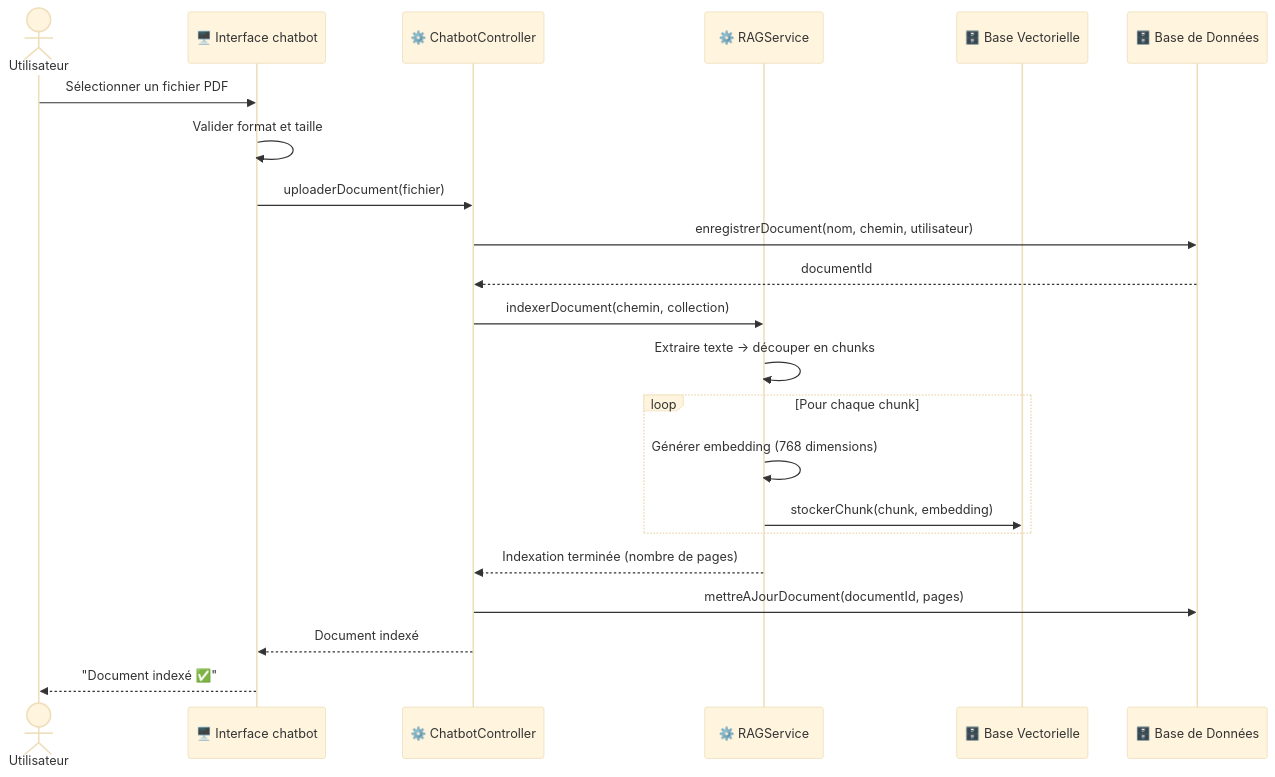
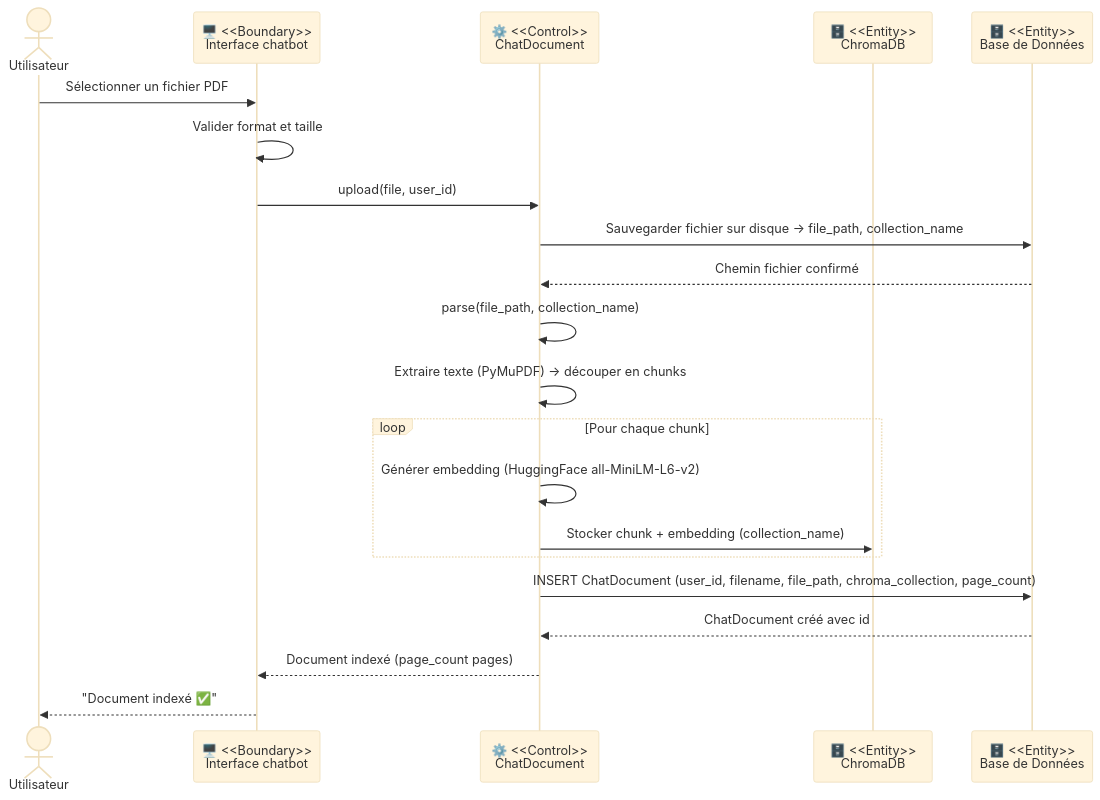
Before and after one commit to Jkacem/smart_focus: diagram 11 of 20 in docs/Conception_DiagrammeSequence.md, drawn with Mermaid (base theme). The commit also changed other lines of this file and 31 other files, not shown here.

````diff
--- a/docs/Conception_DiagrammeSequence.md
+++ b/docs/Conception_DiagrammeSequence.md
@@ -260,27 +376,26 @@
 ```mermaid
 sequenceDiagram
     actor Utilisateur
-    participant B as 🖥️ Interface chatbot
-    participant C as ⚙️ ChatbotController
-    participant RAG as ⚙️ RAGService
-    participant EV as 🗄️ Base Vectorielle
-    participant E as 🗄️ Base de Données
+    participant B  as 🖥️ <<Boundary>><br/>Interface chatbot
+    participant CD as ⚙️ <<Control>><br/>ChatDocument
+    participant EV as 🗄️ <<Entity>><br/>ChromaDB
+    participant E  as 🗄️ <<Entity>><br/>Base de Données
 
     Utilisateur->>B: Sélectionner un fichier PDF
     B->>B: Valider format et taille
-    B->>C: uploaderDocument(fichier)
-    C->>E: enregistrerDocument(nom, chemin, utilisateur)
-    E-->>C: documentId
+    B->>CD: upload(file, user_id)
+    CD->>E: Sauvegarder fichier sur disque → file_path, collection_name
+    E-->>CD: Chemin fichier confirmé
 
-    C->>RAG: indexerDocument(chemin, collection)
-    RAG->>RAG: Extraire texte → découper en chunks
+    CD->>CD: parse(file_path, collection_name)
+    CD->>CD: Extraire texte (PyMuPDF) → découper en chunks
     loop Pour chaque chunk
-        RAG->>RAG: Générer embedding (768 dimensions)
-        RAG->>EV: stockerChunk(chunk, embedding)
+        CD->>CD: Générer embedding (HuggingFace all-MiniLM-L6-v2)
+        CD->>EV: Stocker chunk + embedding (collection_name)
     end
 
-    RAG-->>C: Indexation terminée (nombre de pages)
-    C->>E: mettreAJourDocument(documentId, pages)
-    C-->>B: Document indexé
+    CD->>E: INSERT ChatDocument (user_id, filename, file_path, chroma_collection, page_count)
+    E-->>CD: ChatDocument créé avec id
+    CD-->>B: Document indexé (page_count pages)
     B-->>Utilisateur: "Document indexé ✅"
 ```
````
